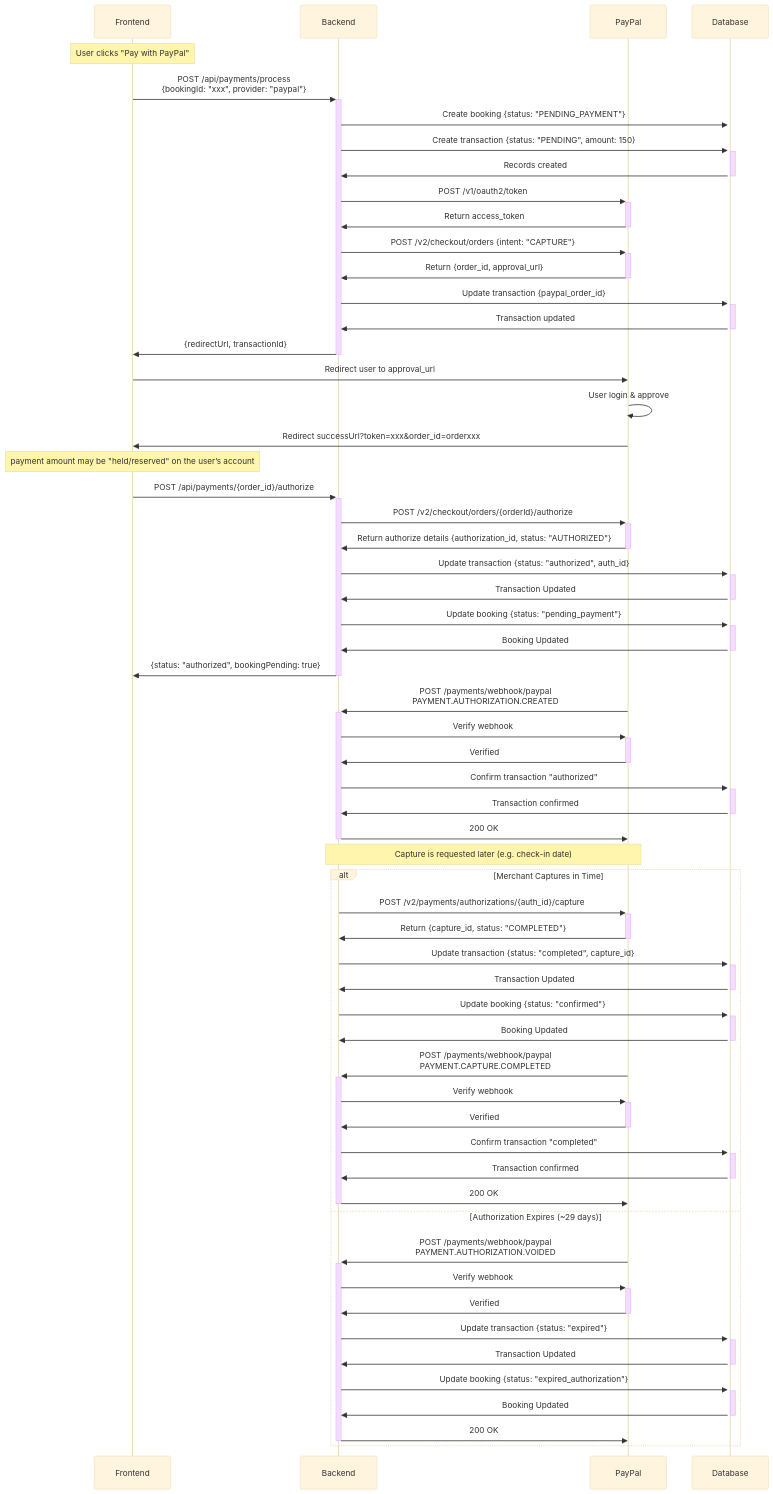
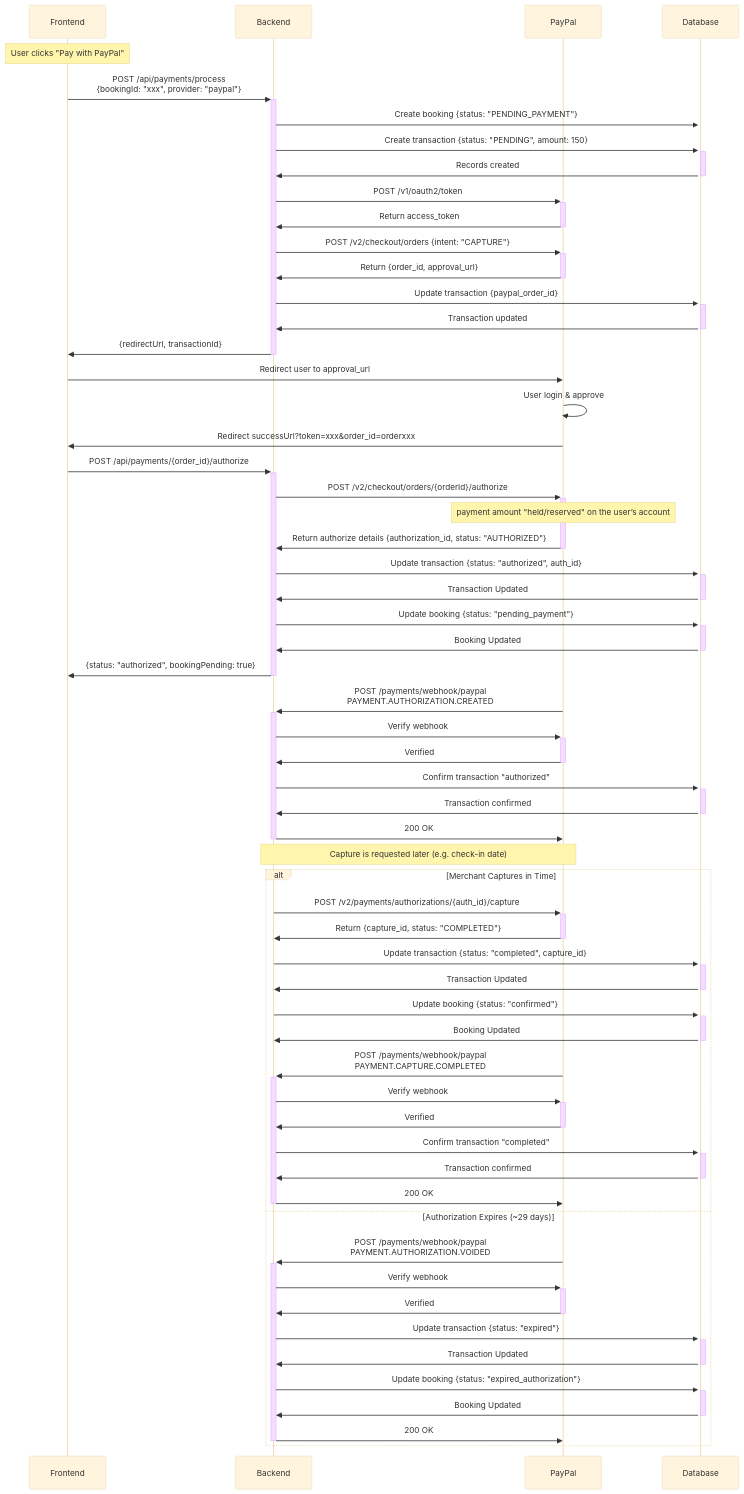
One commit to randa-magdy/booking-platform-doc changed the diagram in diagrams/payment-authorized-later-capture-case.mmd. Above: the diagram before and after it, drawn with Mermaid (base theme). The commit also changed 4 other files, not shown here.

Commit message:
fix issue in diagram & detailed flow for later capture case

```diff
--- a/diagrams/payment-authorized-later-capture-case.mmd
+++ b/diagrams/payment-authorized-later-capture-case.mmd
@@ -1,79 +1,80 @@
 sequenceDiagram
     participant FE as Frontend
     participant BE as Backend
     participant PP as PayPal
     participant DB as Database
     
     
     Note over FE: User clicks "Pay with PayPal"
     
     %% Phase 1: Payment Request
     FE->>+BE: POST /api/payments/process<br/>{bookingId: "xxx", provider: "paypal"}
     BE->>+DB: Create booking {status: "PENDING_PAYMENT"}
     BE->>+DB: Create transaction {status: "PENDING", amount: 150}
     DB->>-BE: Records created
     
     BE->>+PP: POST /v1/oauth2/token
     PP->>-BE: Return access_token
     
     BE->>+PP: POST /v2/checkout/orders {intent: "CAPTURE"}
     PP->>-BE: Return {order_id, approval_url}
     
     BE->>+DB: Update transaction {paypal_order_id}
     DB->>-BE: Transaction updated
     
     BE->>-FE: {redirectUrl, transactionId}
     
     %% Phase 2: User Approval
     FE->>PP: Redirect user to approval_url
     PP->>PP: User login & approve
     PP->>FE: Redirect successUrl?token=xxx&order_id=orderxxx
 
-    Note over FE: payment amount may be "held/reserved" on the user’s account
+    
     %% Authorization
     FE->>+BE: POST /api/payments/{order_id}/authorize
     BE->>+PP: POST /v2/checkout/orders/{orderId}/authorize
+    Note over PP: payment amount "held/reserved" on the user’s account
     PP->>-BE: Return authorize details {authorization_id, status: "AUTHORIZED"}
     
     BE->>+DB: Update transaction {status: "authorized", auth_id}
     DB->>-BE: Transaction Updated
     BE->>+DB: Update booking {status: "pending_payment"}
     DB->>-BE: Booking Updated
     BE->>-FE: {status: "authorized", bookingPending: true}
     
     %% Webhook AUTHORIZED
     PP->>+BE: POST /payments/webhook/paypal<br/>PAYMENT.AUTHORIZATION.CREATED
     BE->>+PP: Verify webhook
     PP->>-BE: Verified
     BE->>+DB: Confirm transaction "authorized"
     DB->>-BE: Transaction confirmed
     BE->>-PP: 200 OK
 
    Note over BE,PP: Capture is requested later (e.g. check-in date)
    %% Later Capture by Merchant
     alt Merchant Captures in Time
         BE->>+PP: POST /v2/payments/authorizations/{auth_id}/capture
         PP->>-BE: Return {capture_id, status: "COMPLETED"}
         
         BE->>+DB: Update transaction {status: "completed", capture_id}
         DB->>-BE: Transaction Updated
         BE->>+DB: Update booking {status: "confirmed"}
         DB->>-BE: Booking Updated
         
         %% Webhook CAPTURED
         PP->>+BE: POST /payments/webhook/paypal<br/>PAYMENT.CAPTURE.COMPLETED
         BE->>+PP: Verify webhook
         PP->>-BE: Verified
         BE->>+DB: Confirm transaction "completed"
         DB->>-BE: Transaction confirmed
         BE->>-PP: 200 OK
     else Authorization Expires (~29 days)
         PP->>+BE: POST /payments/webhook/paypal<br/>PAYMENT.AUTHORIZATION.VOIDED
         BE->>+PP: Verify webhook
         PP->>-BE: Verified
         BE->>+DB: Update transaction {status: "expired"}
         DB->>-BE: Transaction Updated
         BE->>+DB: Update booking {status: "expired_authorization"}
         DB->>-BE: Booking Updated
         BE->>-PP: 200 OK
     end
```
